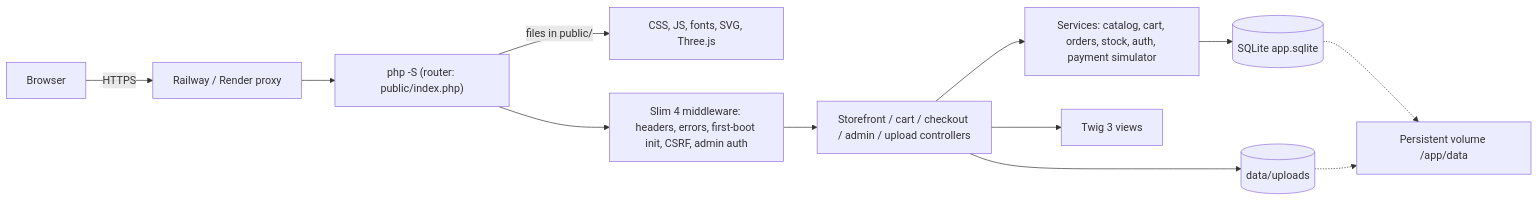
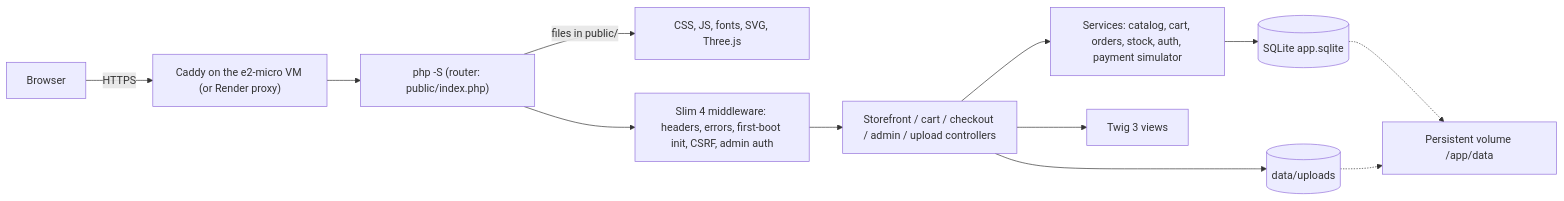
Before and after one commit to fr-anz/COMP-20163-WEB-DEVELOPMENT: the diagram in README.md, drawn with Mermaid. The commit also changed other lines of this file and 12 other files, not shown here.

````diff
--- a/README.md
+++ b/README.md
@@ -94,14 +166,14 @@
 ```mermaid
 flowchart LR
-  Browser -->|HTTPS| Proxy[Railway / Render proxy]
+  Browser -->|HTTPS| Proxy["Caddy on the e2-micro VM (or Render proxy)"]
   Proxy --> Server["php -S (router: public/index.php)"]
   Server -->|files in public/| Static[CSS, JS, fonts, SVG, Three.js]
   Server --> Slim[Slim 4 middleware: headers, errors, first-boot init, CSRF, admin auth]
   Slim --> Controllers[Storefront / cart / checkout / admin / upload controllers]
   Controllers --> Services[Services: catalog, cart, orders, stock, auth, payment simulator]
   Controllers --> Twig[Twig 3 views]
   Services --> DB[(SQLite app.sqlite)]
   Controllers --> Uploads[(data/uploads)]
   DB -.-> Volume["Persistent volume /app/data"]
   Uploads -.-> Volume
 ```
````
